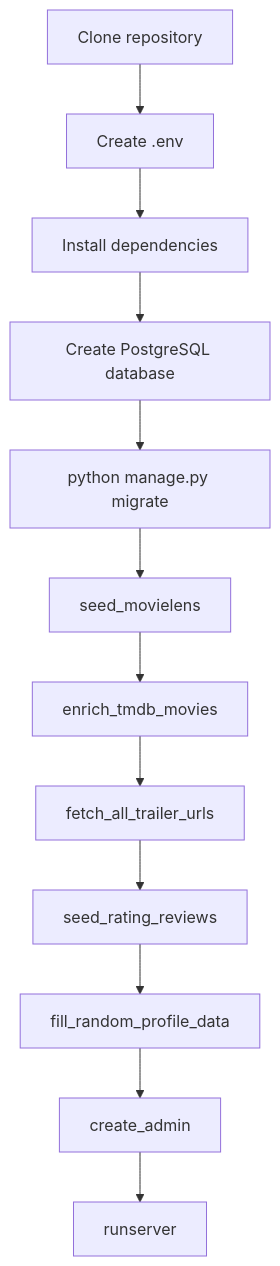
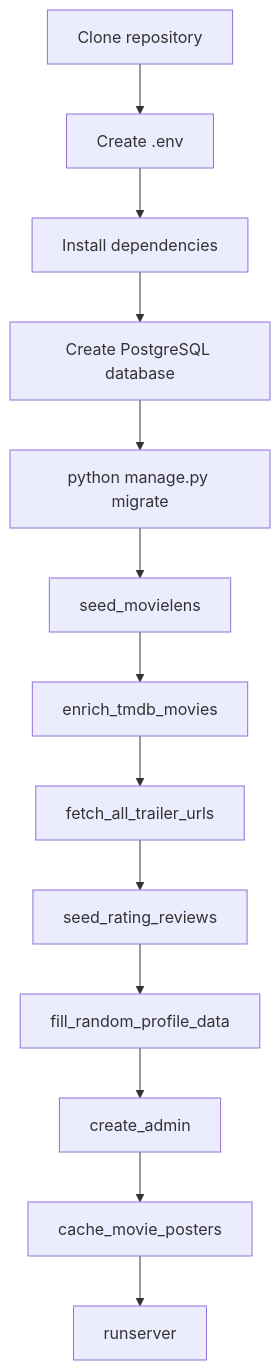
Before and after one commit to Rakhimboyev-FerUzbek/movie_recommender_dissertation: the fourth of 6 diagrams in docs/07_ARCHITECTURE_AND_FLOWS.md, drawn with Mermaid. The commit also changed other lines of this file and 12 other files, not shown here.

````diff
--- a/docs/07_ARCHITECTURE_AND_FLOWS.md
+++ b/docs/07_ARCHITECTURE_AND_FLOWS.md
@@ -95,14 +97,15 @@
 ```mermaid
 flowchart TD
     A[Clone repository] --> B[Create .env]
     B --> C[Install dependencies]
     C --> D[Create PostgreSQL database]
     D --> E[python manage.py migrate]
     E --> F[seed_movielens]
     F --> G[enrich_tmdb_movies]
     G --> H[fetch_all_trailer_urls]
     H --> I[seed_rating_reviews]
     I --> J[fill_random_profile_data]
     J --> K[create_admin]
-    K --> L[runserver]
+    K --> L[cache_movie_posters]
+    L --> M[runserver]
 ```
````
